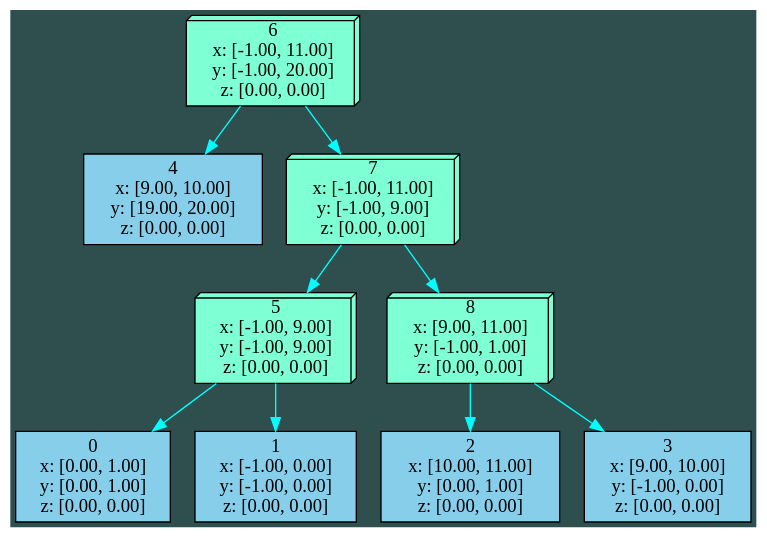
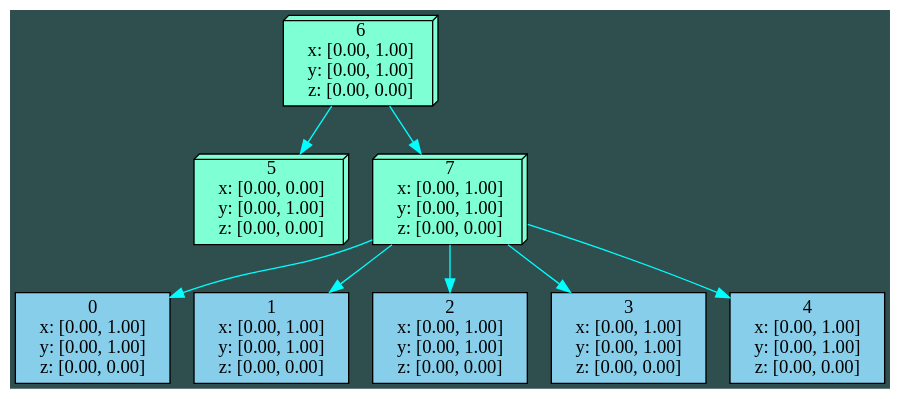
The diagram in tmp_cfg.dot (71frukt/Triangles), drawn with Graphviz before and after one commit. The commit also changed 7 other files, not shown here.

```diff
--- a/tmp_cfg.dot
+++ b/tmp_cfg.dot
@@ -1,57 +1,51 @@
 digraph G{                                       
    bgcolor = "darkslategray"
    edge [color = "aqua"]; 
 node_0x608000000020[  shape     = "box", style     = filled, fillcolor = "skyblue", label     = "0
 x: [0.00, 1.00]
 y: [0.00, 1.00]
 z: [0.00, 0.00]
 "]
 node_0x6080000000a0[  shape     = "box", style     = filled, fillcolor = "skyblue", label     = "1
-x: [-1.00, 0.00]
-y: [-1.00, 0.00]
+x: [0.00, 1.00]
+y: [0.00, 1.00]
 z: [0.00, 0.00]
 "]
 node_0x608000000120[  shape     = "box", style     = filled, fillcolor = "skyblue", label     = "2
-x: [10.00, 11.00]
+x: [0.00, 1.00]
 y: [0.00, 1.00]
 z: [0.00, 0.00]
 "]
 node_0x6080000001a0[  shape     = "box", style     = filled, fillcolor = "skyblue", label     = "3
-x: [9.00, 10.00]
-y: [-1.00, 0.00]
+x: [0.00, 1.00]
+y: [0.00, 1.00]
 z: [0.00, 0.00]
 "]
 node_0x608000000220[  shape     = "box", style     = filled, fillcolor = "skyblue", label     = "4
-x: [9.00, 10.00]
-y: [19.00, 20.00]
+x: [0.00, 1.00]
+y: [0.00, 1.00]
 z: [0.00, 0.00]
 "]
 node_0x60b000000040[  shape     = "box3d", style     = filled, fillcolor = "aquamarine", label     = "5
-x: [-1.00, 9.00]
-y: [-1.00, 9.00]
+x: [0.00, 0.00]
+y: [0.00, 1.00]
 z: [0.00, 0.00]
 "]
 node_0x60b000000ca0[  shape     = "box3d", style     = filled, fillcolor = "aquamarine", label     = "6
-x: [-1.00, 11.00]
-y: [-1.00, 20.00]
+x: [0.00, 1.00]
+y: [0.00, 1.00]
 z: [0.00, 0.00]
 "]
-node_0x60b0000019b0[  shape     = "box3d", style     = filled, fillcolor = "aquamarine", label     = "7
-x: [-1.00, 11.00]
-y: [-1.00, 9.00]
+node_0x60b000000bf0[  shape     = "box3d", style     = filled, fillcolor = "aquamarine", label     = "7
+x: [0.00, 1.00]
+y: [0.00, 1.00]
 z: [0.00, 0.00]
 "]
-node_0x60b000001900[  shape     = "box3d", style     = filled, fillcolor = "aquamarine", label     = "8
-x: [9.00, 11.00]
-y: [-1.00, 1.00]
-z: [0.00, 0.00]
-"]
-node_0x60b000000040->node_0x608000000020
-node_0x60b000000040->node_0x6080000000a0
-node_0x60b000000ca0->node_0x60b0000019b0
-node_0x60b000000ca0->node_0x608000000220
-node_0x60b0000019b0->node_0x60b000000040
-node_0x60b0000019b0->node_0x60b000001900
-node_0x60b000001900->node_0x608000000120
-node_0x60b000001900->node_0x6080000001a0
+node_0x60b000000ca0->node_0x60b000000040
+node_0x60b000000ca0->node_0x60b000000bf0
+node_0x60b000000bf0->node_0x608000000020
+node_0x60b000000bf0->node_0x6080000000a0
+node_0x60b000000bf0->node_0x608000000120
+node_0x60b000000bf0->node_0x6080000001a0
+node_0x60b000000bf0->node_0x608000000220
 }
```
